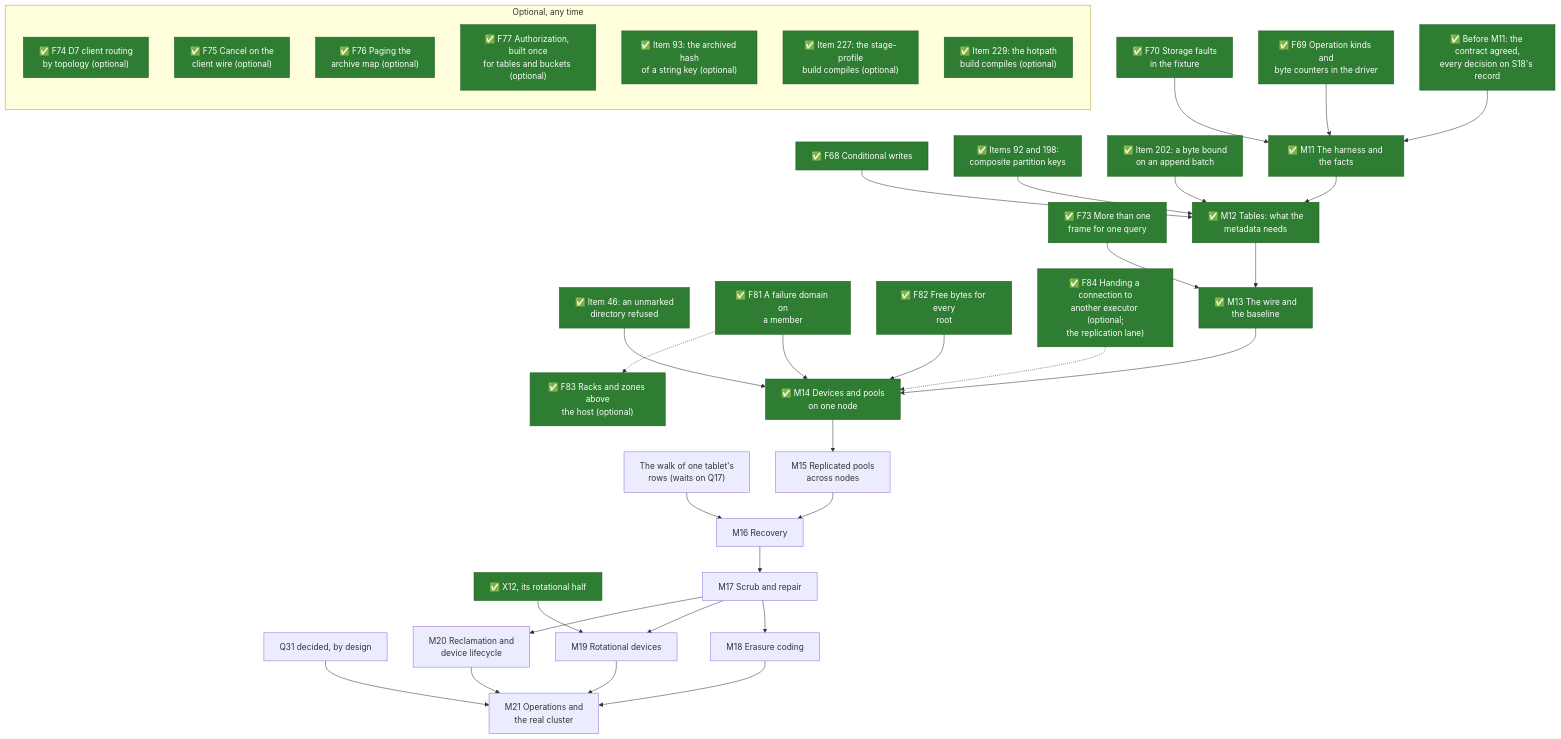
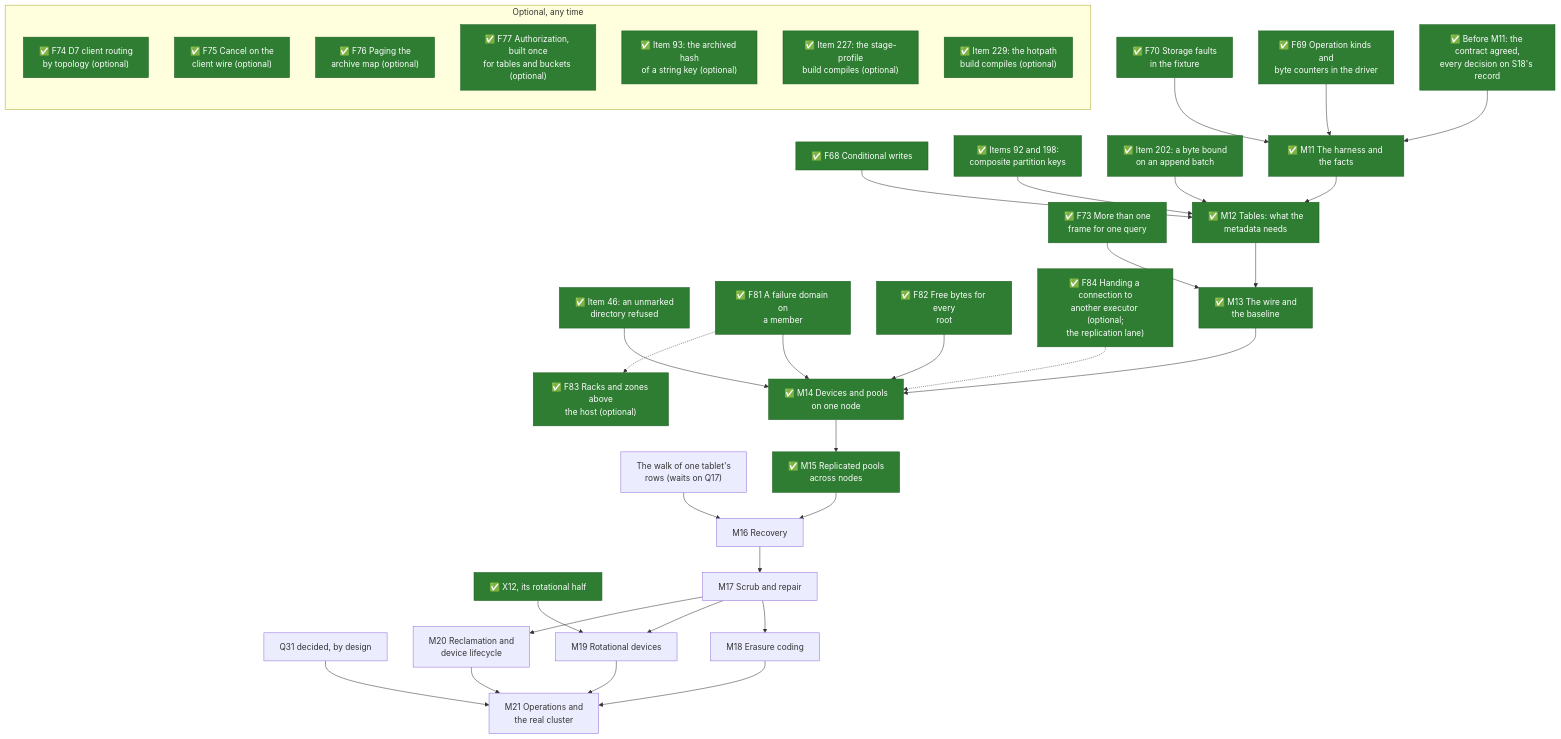
One commit to mjcarson/shoal changed the second of 2 diagrams in docs/src/object-storage/whats-left-todo.md. Above: the diagram before and after it, drawn with Mermaid. The commit also changed other lines of this file and 119 other files, not shown here.

First line of the commit message:
feat(objects): F86, M15 delivered - replicated pools across nodes

````diff
--- a/docs/src/object-storage/whats-left-todo.md
+++ b/docs/src/object-storage/whats-left-todo.md
@@ -161,59 +161,59 @@
 ```mermaid
 flowchart TB
     classDef done fill:#2e7d32,stroke:#1b5e20,color:#ffffff
     classDef optional stroke-dasharray: 5 5
     Gate["✅ Before M11: the contract agreed,<br>every decision on S18's record"]:::done
     F69["✅ F69 Operation kinds and<br>byte counters in the driver"]:::done
     F70["✅ F70 Storage faults<br>in the fixture"]:::done
     F68["✅ F68 Conditional writes"]:::done
     I198["✅ Items 92 and 198:<br>composite partition keys"]:::done
     I202["✅ Item 202: a byte bound<br>on an append batch"]:::done
     I46["✅ Item 46: an unmarked<br>directory refused"]:::done
     Frames["✅ F73 More than one<br>frame for one query"]:::done
     Domain["✅ F81 A failure domain on<br>a member"]:::done
     Free["✅ F82 Free bytes for every<br>root"]:::done
     Walk["The walk of one tablet's<br>rows (waits on Q17)"]
     Handoff["✅ F84 Handing a connection to<br>another executor (optional;<br>the replication lane)"]:::done
     Rack["✅ F83 Racks and zones above<br>the host (optional)"]:::done
     X12r["✅ X12, its rotational half"]:::done
     Q31["Q31 decided, by design"]
     M11["✅ M11 The harness and the facts"]:::done
     M12["✅ M12 Tables: what the<br>metadata needs"]:::done
     M13["✅ M13 The wire and<br>the baseline"]:::done
     M14["✅ M14 Devices and pools<br>on one node"]:::done
-    M15["M15 Replicated pools<br>across nodes"]
+    M15["✅ M15 Replicated pools<br>across nodes"]:::done
     M16["M16 Recovery"]
     M17["M17 Scrub and repair"]
     M18["M18 Erasure coding"]
     M19["M19 Rotational devices"]
     M20["M20 Reclamation and<br>device lifecycle"]
     M21["M21 Operations and<br>the real cluster"]
     Gate --> M11 --> M12 --> M13 --> M14 --> M15 --> M16 --> M17
     M17 --> M18 --> M21
     M17 --> M19 --> M21
     M17 --> M20 --> M21
     F69 --> M11
     F70 --> M11
     F68 --> M12
     I198 --> M12
     I202 --> M12
     Frames --> M13
     I46 --> M14
     Domain --> M14
     Free --> M14
     Handoff -.-> M14
     Domain -.-> Rack
     Walk --> M16
     X12r --> M19
     Q31 --> M21
     subgraph anytime["Optional, any time"]
         direction TB
         D7["✅ F74 D7 client routing<br>by topology (optional)"]:::done
         Cancel["✅ F75 Cancel on the<br>client wire (optional)"]:::done
         Paging["✅ F76 Paging the<br>archive map (optional)"]:::done
         Authz["✅ F77 Authorization, built once<br>for tables and buckets (optional)"]:::done
         I93["✅ Item 93: the archived hash<br>of a string key (optional)"]:::done
         I227["✅ Item 227: the stage-profile<br>build compiles (optional)"]:::done
         I229["✅ Item 229: the hotpath<br>build compiles (optional)"]:::done
     end
 ```
````
